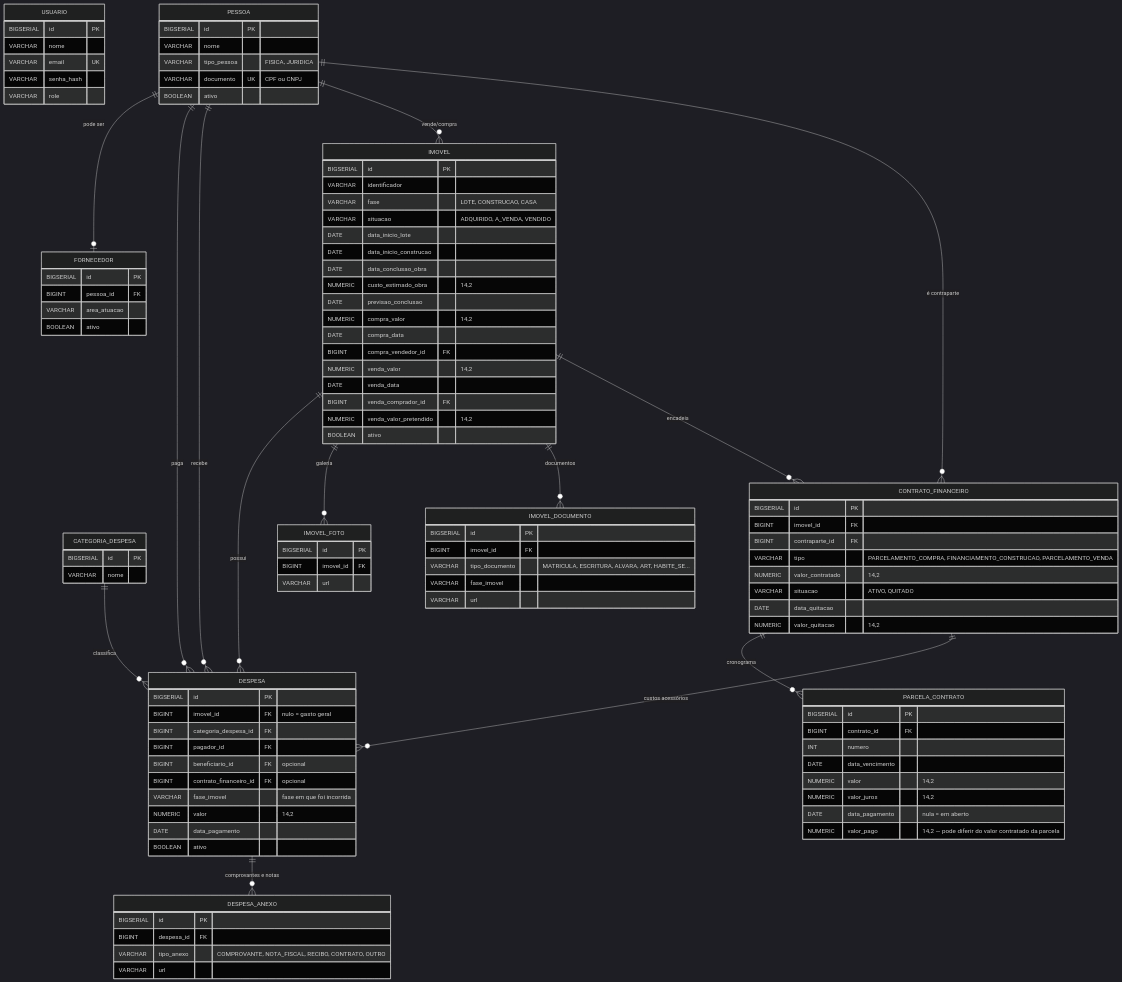
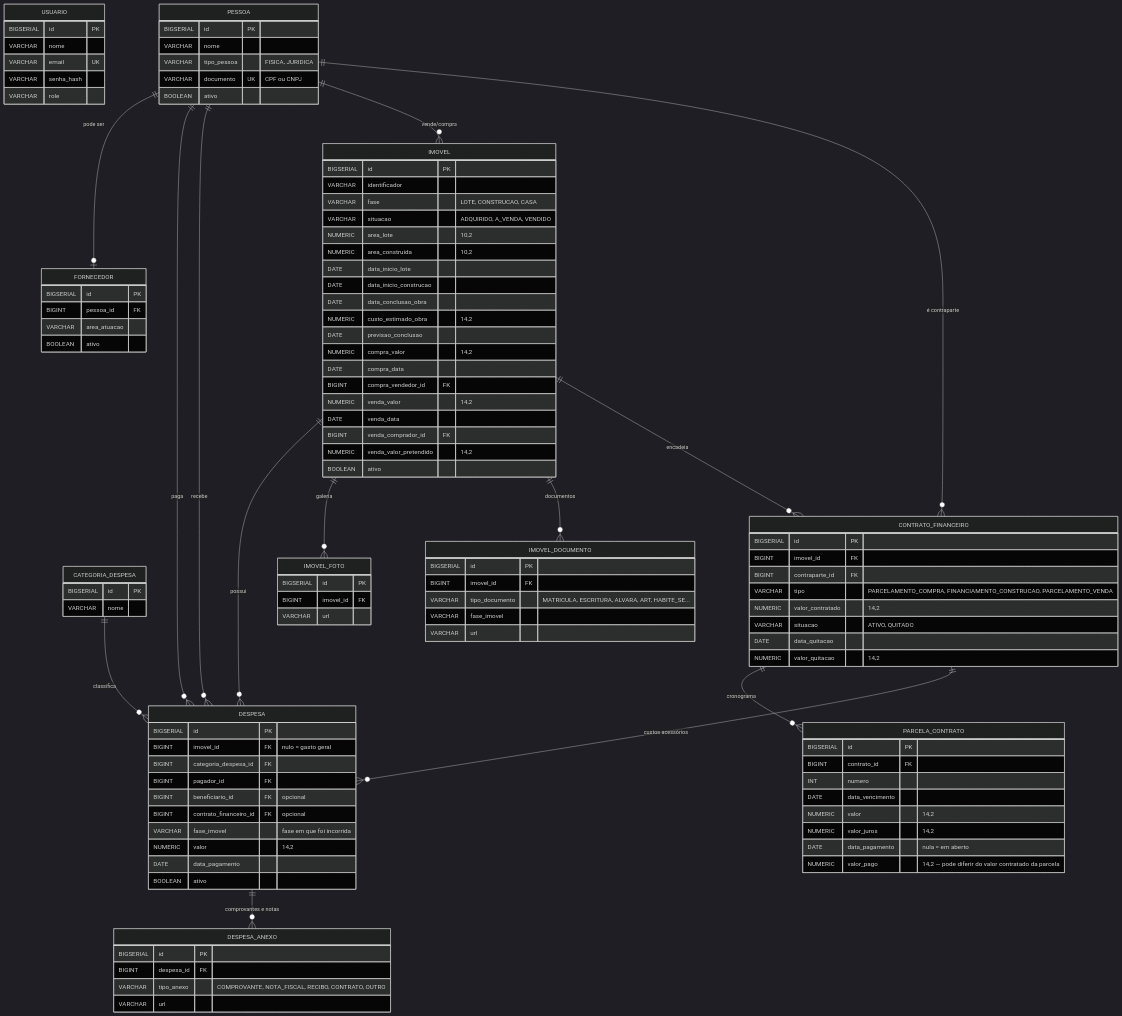
One commit to sergiogeneroso/gestao-custos-obras changed the diagram in docs/MODELO-DADOS.md. Above: the diagram before and after it, drawn with Mermaid (dark theme). The commit also changed 6 other files, not shown here.

```diff
--- a/docs/MODELO-DADOS.md
+++ b/docs/MODELO-DADOS.md
@@ -36,6 +36,8 @@
         VARCHAR identificador
         VARCHAR fase "LOTE, CONSTRUCAO, CASA"
         VARCHAR situacao "ADQUIRIDO, A_VENDA, VENDIDO"
+        NUMERIC area_lote "10,2"
+        NUMERIC area_construida "10,2"
         DATE data_inicio_lote
         DATE data_inicio_construcao
         DATE data_conclusao_obra
```
